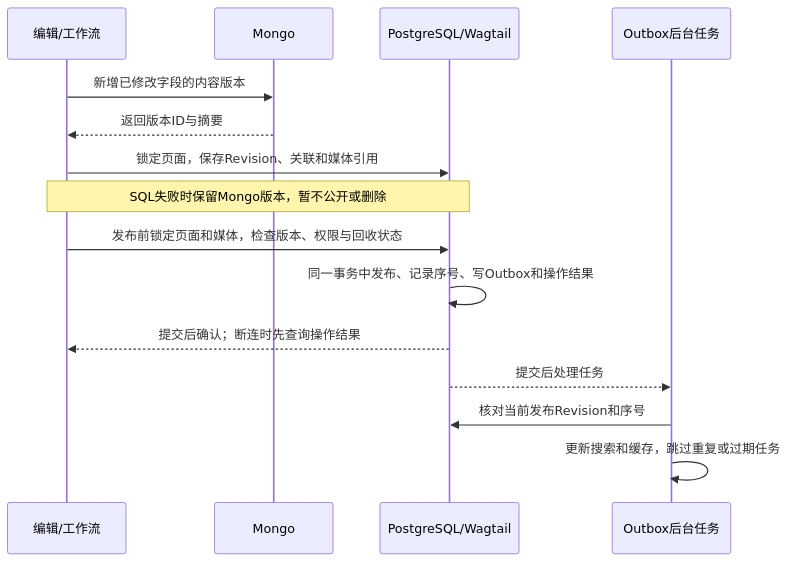
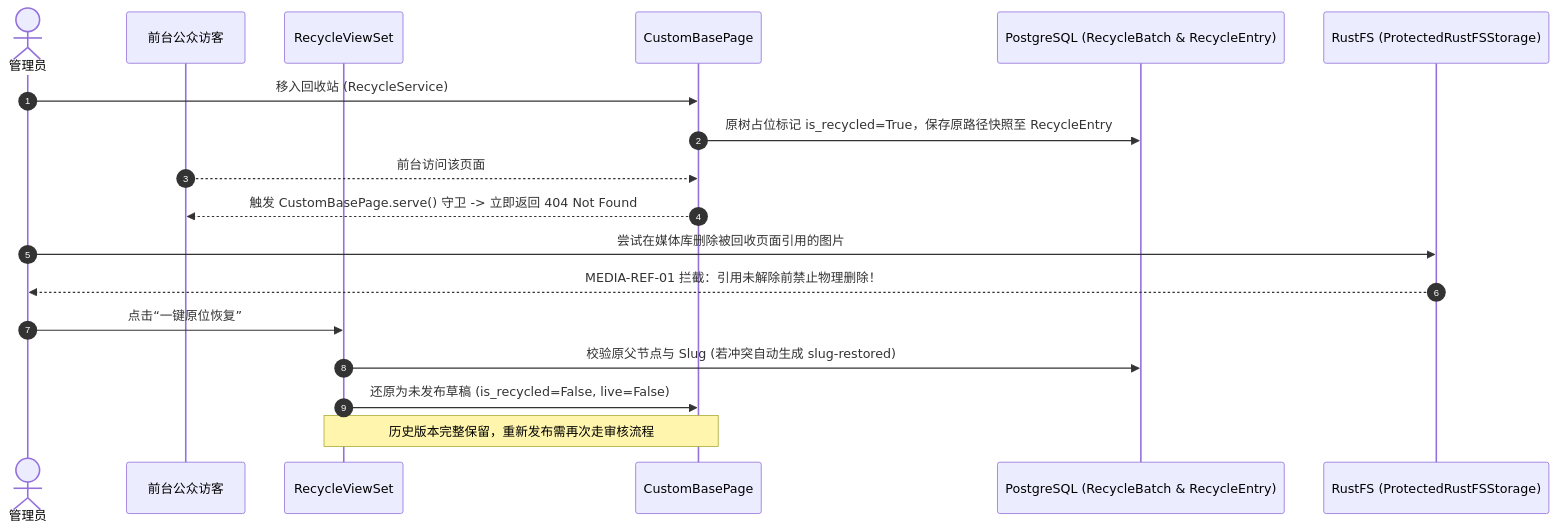
The third of 5 diagrams in 说明书/myblog_第一阶段技术方案_v1.0.md (anc1996/myblog), drawn with Mermaid before and after one commit. The commit also changed other lines of this file and 1 other file, not shown here.

Commit message:
docs(spec): upgrade technical document from design proposals to finalized implementation specifications with architecture diagrams

````diff
--- a/说明书/myblog_第一阶段技术方案_v1.0.md
+++ b/说明书/myblog_第一阶段技术方案_v1.0.md
@@ -297,17 +83,22 @@
 ```mermaid
 sequenceDiagram
-  participant E as 编辑/工作流
-  participant M as Mongo
-  participant S as PostgreSQL/Wagtail
-  participant O as Outbox后台任务
-  E->>M: 新增已修改字段的内容版本
-  M-->>E: 返回版本ID与摘要
-  E->>S: 锁定页面，保存Revision、关联和媒体引用
-  Note over E,S: SQL失败时保留Mongo版本，暂不公开或删除
-  E->>S: 发布前锁定页面和媒体，检查版本、权限与回收状态
-  S->>S: 同一事务中发布、记录序号、写Outbox和操作结果
-  S-->>E: 提交后确认；断连时先查询操作结果
-  S-->>O: 提交后处理任务
-  O->>S: 核对当前发布Revision和序号
-  O->>O: 更新搜索和缓存，跳过重复或过期任务
+    autonumber
+    actor Admin as 管理员
+    participant Web as 前台公众访客
+    participant View as RecycleViewSet
+    participant Model as CustomBasePage
+    participant PG as PostgreSQL (RecycleBatch & RecycleEntry)
+    participant S3 as RustFS (ProtectedRustFSStorage)
+
+    Admin->>Model: 移入回收站 (RecycleService)
+    Model->>PG: 原树占位标记 is_recycled=True，保存原路径快照至 RecycleEntry
+    Web-->>Model: 前台访问该页面
+    Model-->>Web: 触发 CustomBasePage.serve() 守卫 -> 立即返回 404 Not Found
+    Admin->>S3: 尝试在媒体库删除被回收页面引用的图片
+    S3-->>Admin: MEDIA-REF-01 拦截：引用未解除前禁止物理删除！
+
+    Admin->>View: 点击“一键原位恢复”
+    View->>PG: 校验原父节点与 Slug (若冲突自动生成 slug-restored)
+    View->>Model: 还原为未发布草稿 (is_recycled=False, live=False)
+    Note over View,Model: 历史版本完整保留，重新发布需再次走审核流程
 ```
````
